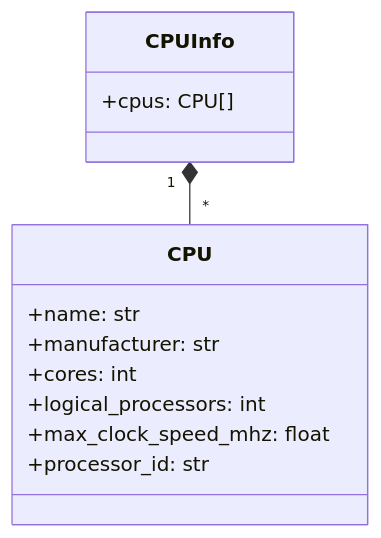
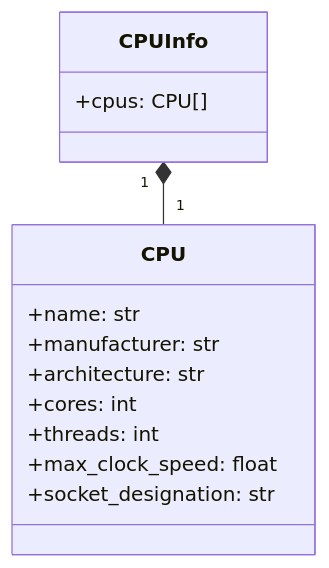
One commit to gafoo173/HardView changed the first of 3 diagrams in README.md. Above: the diagram before and after it, drawn with Mermaid. The commit also changed other lines of this file and 35 other files, not shown here.

````diff
--- a/README.md
+++ b/README.md
@@ -127,15 +113,16 @@
 ```mermaid
 classDiagram
     class CPUInfo {
         +cpus: CPU[]
     }
     class CPU {
         +name: str
         +manufacturer: str
+        +architecture: str
         +cores: int
-        +logical_processors: int
-        +max_clock_speed_mhz: float
-        +processor_id: str
+        +threads: int
+        +max_clock_speed: float
+        +socket_designation: str
     }
-    CPUInfo "1" *-- "*" CPU
+    CPUInfo "1" *-- "1" CPU
 ```
````
